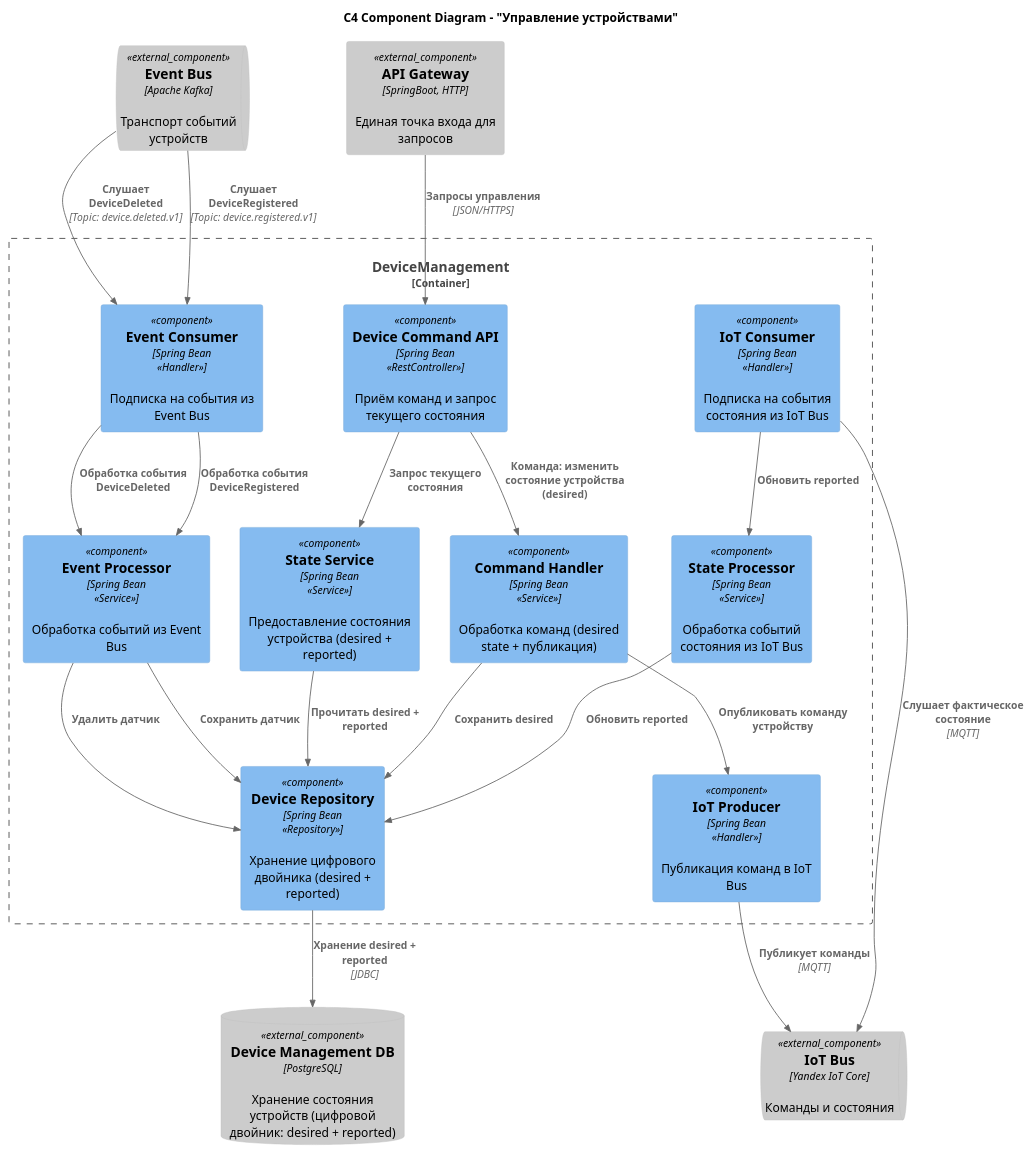
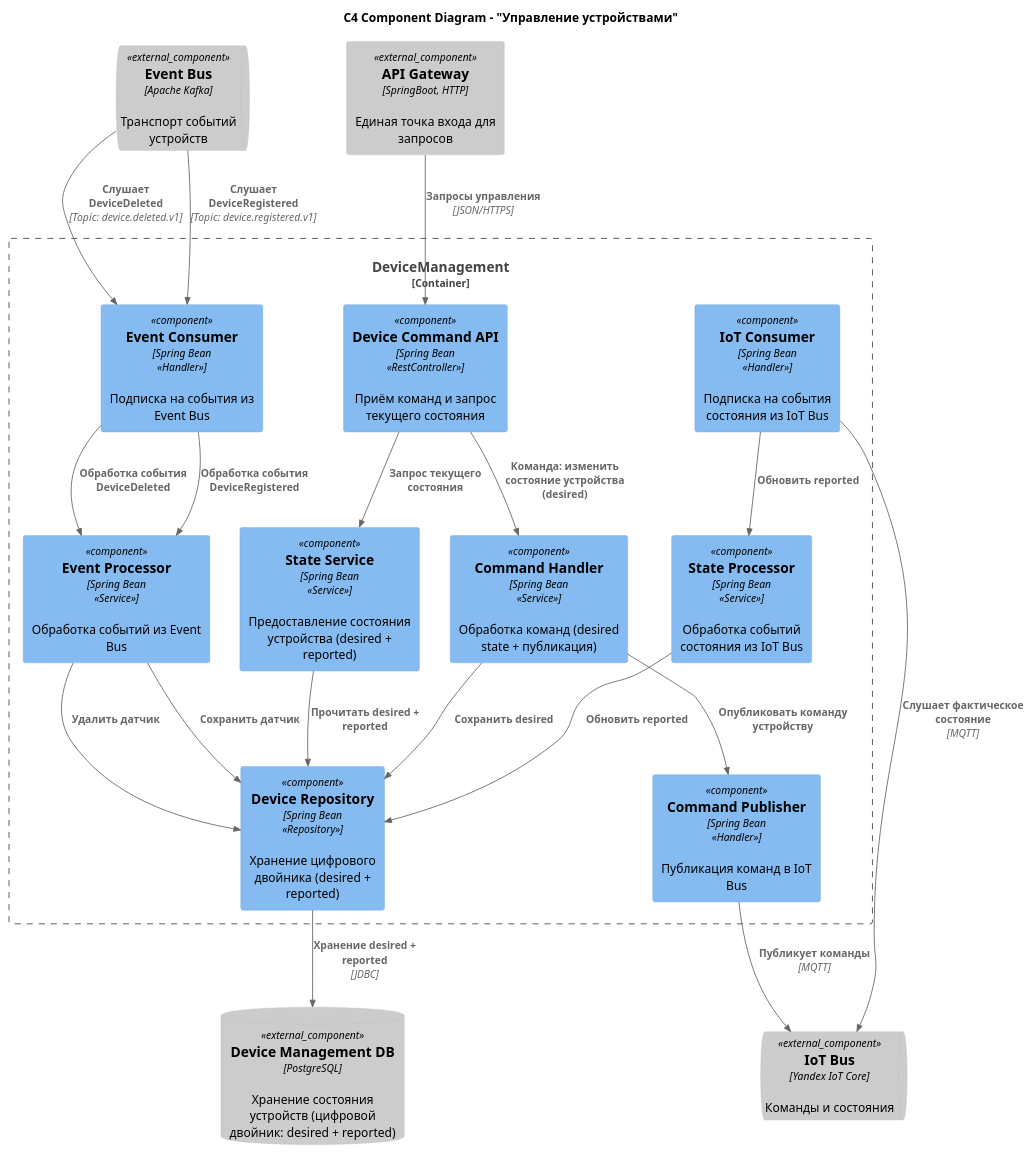
Before and after one commit to aymanstepanova/architecture-pro-warmhouse: the diagram in schemas/c4-components/component_device_management_c4.puml, drawn with PlantUML. The commit also changed 12 other files, not shown here.

Commit message:
Добавлена ERD и обновлена диаграмма классов

```diff
--- a/schemas/c4-components/component_device_management_c4.puml
+++ b/schemas/c4-components/component_device_management_c4.puml
@@ -1,55 +1,55 @@
 @startuml
 !include ../styles/C4_Component.puml
 
 title C4 Component Diagram - "Управление устройствами"
 
 Component_Ext(apiGw, "API Gateway", "SpringBoot, HTTP", "Единая точка входа для запросов")
 
 Container_Boundary(device_man, "DeviceManagement") {
     Component(api, "Device Command API", "Spring Bean\n<<RestController>>", "Приём команд и запрос текущего состояния")
     Component(commandHandler, "Command Handler", "Spring Bean\n<<Service>>", "Обработка команд (desired state + публикация)")
     Component(stateService, "State Service", "Spring Bean\n<<Service>>", "Предоставление состояния устройства (desired + reported)")
 
-    Component(producer, "IoT Producer", "Spring Bean\n<<Handler>>", "Публикация команд в IoT Bus")
+    Component(producer, "Command Publisher", "Spring Bean\n<<Handler>>", "Публикация команд в IoT Bus")
     Component(consumer, "IoT Consumer", "Spring Bean\n<<Handler>>", "Подписка на события состояния из IoT Bus")
     Component(stateProcessor, "State Processor", "Spring Bean\n<<Service>>", "Обработка событий состояния из IoT Bus")
 
     Component(eventConsumer, "Event Consumer", "Spring Bean\n<<Handler>>", "Подписка на события из Event Bus")
     Component(eventProcessor, "Event Processor", "Spring Bean\n<<Service>>", "Обработка событий из Event Bus")
 
     Component(repository, "Device Repository", "Spring Bean\n<<Repository>>", "Хранение цифрового двойника (desired + reported)")
 }
 
 ComponentDb_Ext(deviceManDB, "Device Management DB", "PostgreSQL",  "Хранение состояния устройств (цифровой двойник: desired + reported)")
 ComponentQueue_Ext(IoT_bus, "IoT Bus", "Yandex IoT Core",  "Команды и состояния")
 ComponentQueue_Ext(kafka, "Event Bus", "Apache Kafka", "Транспорт событий устройств")
 
 ' Вход через API Gateway
 Rel(apiGw, api, "Запросы управления", "JSON/HTTPS")
 
 ' Регистрация/Удаление устройства (Event Bus -> DeviceManagement)
 Rel(kafka, eventConsumer, "Слушает\nDeviceRegistered", "Topic: device.registered.v1")
 Rel(kafka, eventConsumer, "Слушает\nDeviceDeleted", "Topic: device.deleted.v1")
 Rel(eventConsumer, eventProcessor, "Обработка события DeviceRegistered")
 Rel(eventConsumer, eventProcessor, "Обработка события DeviceDeleted")
 Rel(eventProcessor, repository, "Сохранить датчик")
 Rel(eventProcessor, repository, "Удалить датчик")
 
 ' Потоки команд (API -> desired -> IoT Bus)
 Rel(api, commandHandler, "Команда: изменить состояние устройства (desired)")
 Rel(commandHandler, repository, "Сохранить desired")
 Rel(commandHandler, producer, "Опубликовать команду устройству")
 Rel(producer, IoT_bus, "Публикует команды", "MQTT")
 
 ' Фактическое состояние (IoT Bus -> reported -> DB)
 Rel_R(consumer, IoT_bus, "Слушает фактическое состояние", "MQTT")
 Rel(consumer, stateProcessor, "Обновить reported")
 Rel(stateProcessor, repository, "Обновить reported")
 Rel(repository, deviceManDB, "Хранение desired + reported", "JDBC")
 
 ' Чтение текущего состояния через API
 Rel(api, stateService, "Запрос текущего состояния")
 Rel(stateService, repository, "Прочитать desired + reported")
 
 
 @enduml
```
